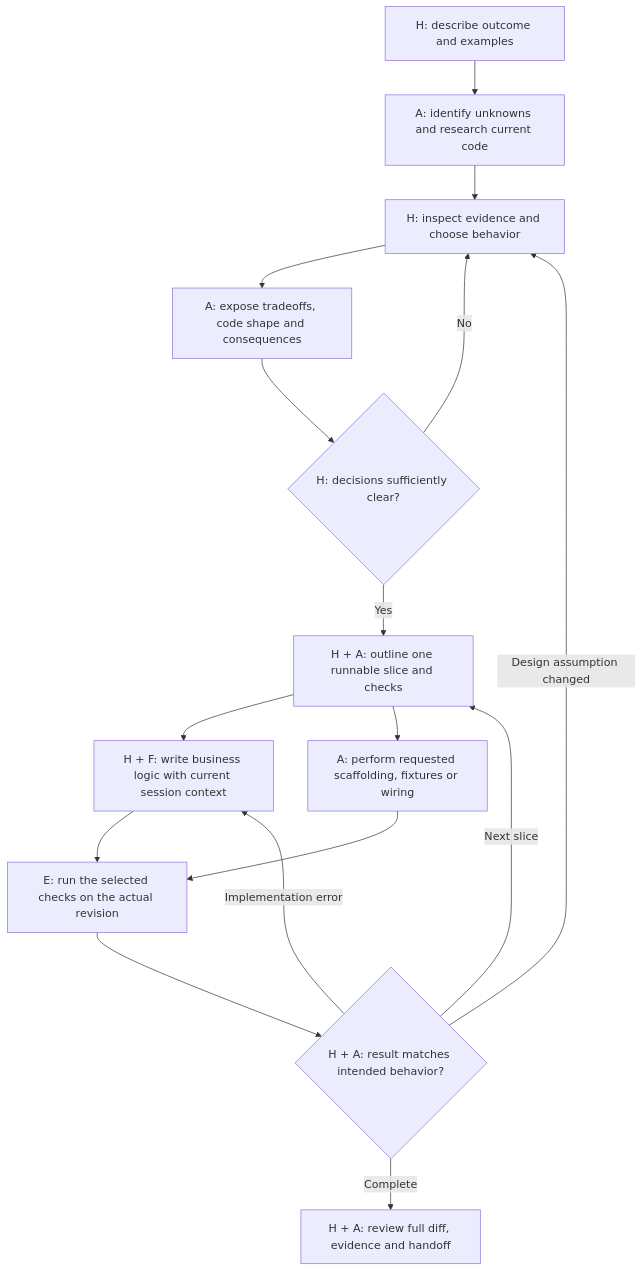
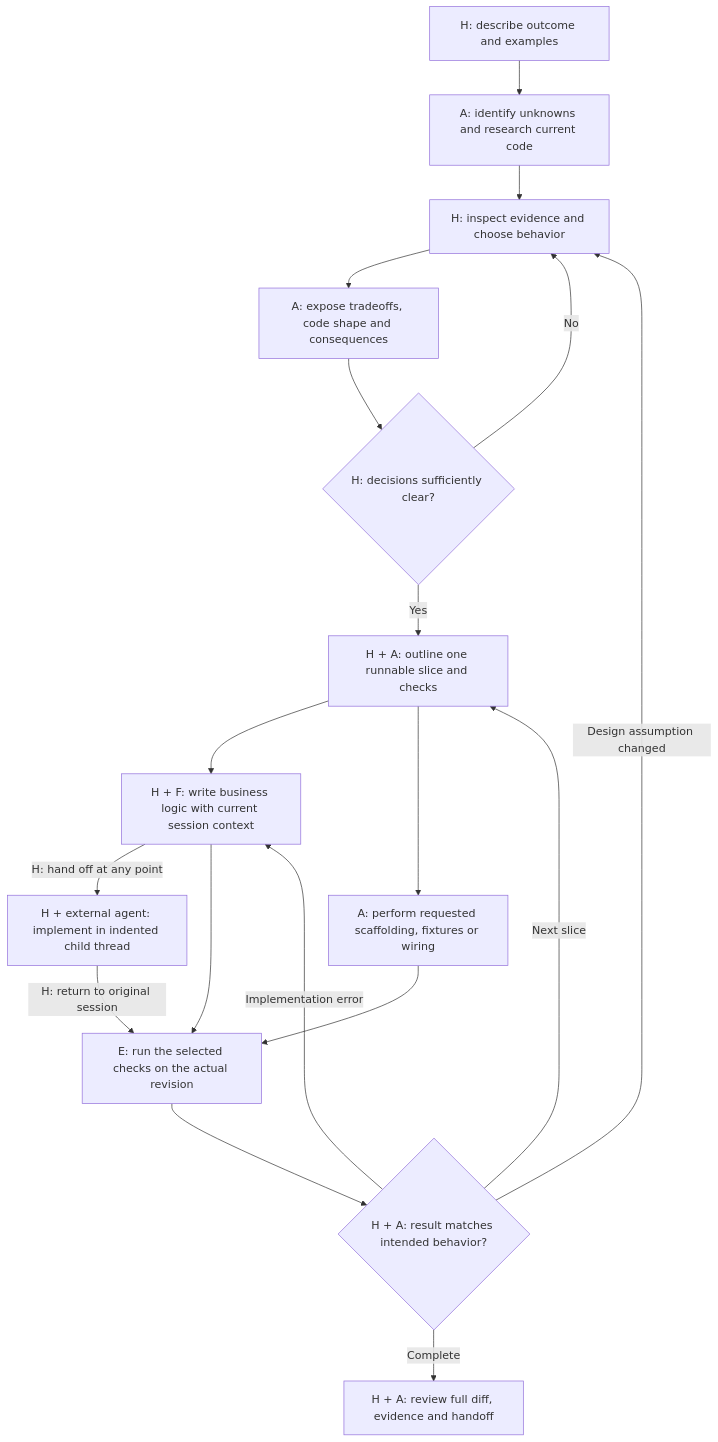
One commit to Kade-Powell/ahead changed the second of 8 diagrams in docs/development/ahead-workflows.md. Above: the diagram before and after it, drawn with Mermaid. The commit also changed other lines of this file and 82 other files, not shown here.

````diff
--- a/docs/development/ahead-workflows.md
+++ b/docs/development/ahead-workflows.md
@@ -118,18 +156,20 @@
 ```mermaid
 flowchart TD
   H1["H: describe outcome and examples"] --> A1["A: identify unknowns and research current code"]
   A1 --> H2["H: inspect evidence and choose behavior"]
   H2 --> A2["A: expose tradeoffs, code shape and consequences"]
   A2 --> D{"H: decisions sufficiently clear?"}
   D -->|No| H2
   D -->|Yes| P["H + A: outline one runnable slice and checks"]
   P --> H3["H + F: write business logic with current session context"]
   P --> A3["A: perform requested scaffolding, fixtures or wiring"]
+  H3 -->|H: hand off at any point| Child["H + external agent: implement in indented child thread"]
+  Child -->|H: return to original session| E1
   H3 --> E1["E: run the selected checks on the actual revision"]
   A3 --> E1
   E1 --> H4{"H + A: result matches intended behavior?"}
   H4 -->|Implementation error| H3
   H4 -->|Design assumption changed| H2
   H4 -->|Next slice| P
   H4 -->|Complete| R["H + A: review full diff, evidence and handoff"]
 ```
````
